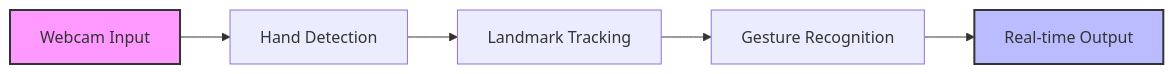
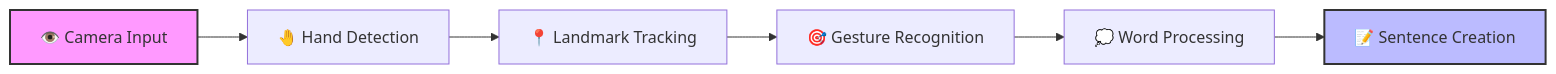
One commit to notcaliper/HandGaze changed the diagram in README.md. Above: the diagram before and after it, drawn with Mermaid. The commit also changed other lines of this file and 17 other files, not shown here.

````diff
--- a/README.md
+++ b/README.md
@@ -26,9 +30,10 @@
 ```mermaid
 graph LR
-    A[Webcam Input] --> B[Hand Detection]
-    B --> C[Landmark Tracking]
-    C --> D[Gesture Recognition]
-    D --> E[Real-time Output]
+    A[👁️ Camera Input] --> B[🤚 Hand Detection]
+    B --> C[📍 Landmark Tracking]
+    C --> D[🎯 Gesture Recognition]
+    D --> E[💭 Word Processing]
+    E --> F[📝 Sentence Creation]
     style A fill:#f9f,stroke:#333,stroke-width:2px
-    style E fill:#bbf,stroke:#333,stroke-width:2px
+    style F fill:#bbf,stroke:#333,stroke-width:2px
 ```
````
